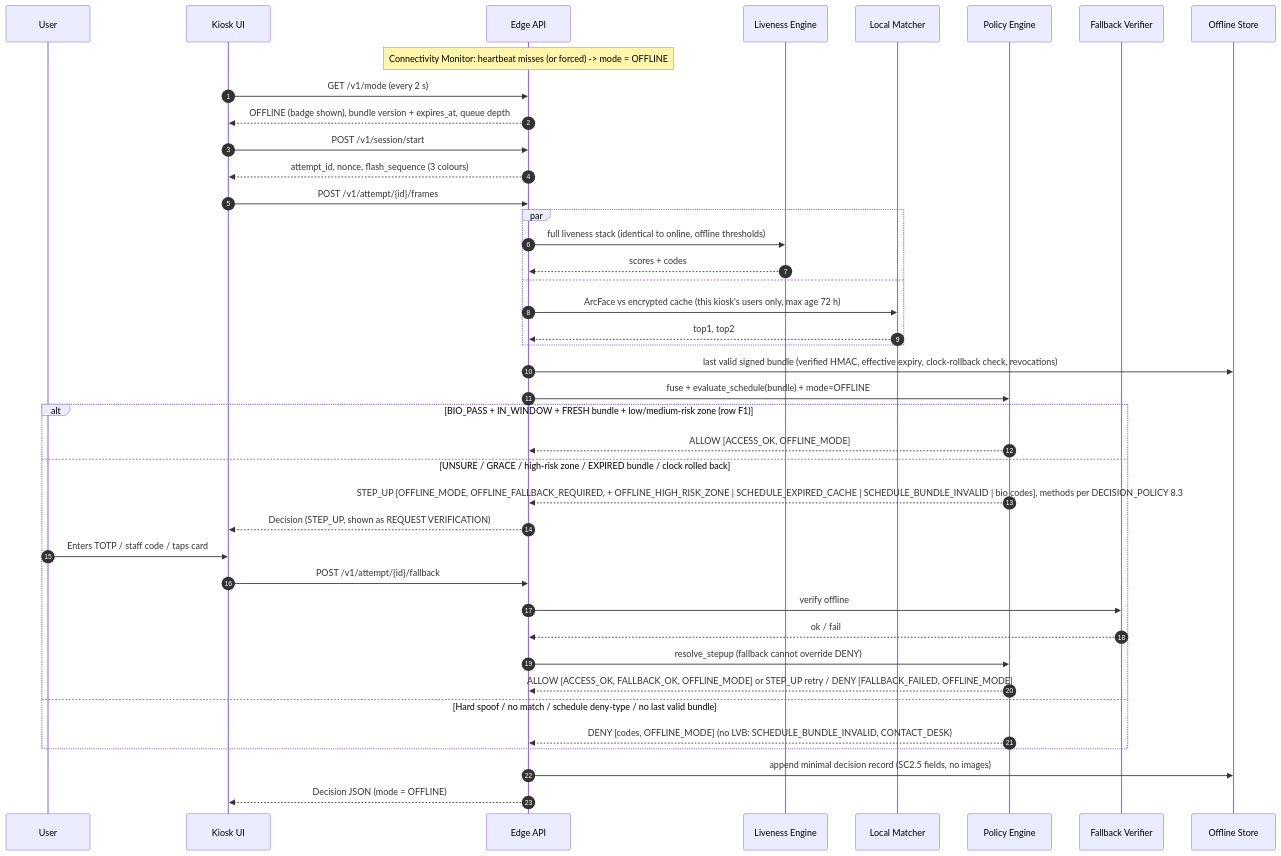
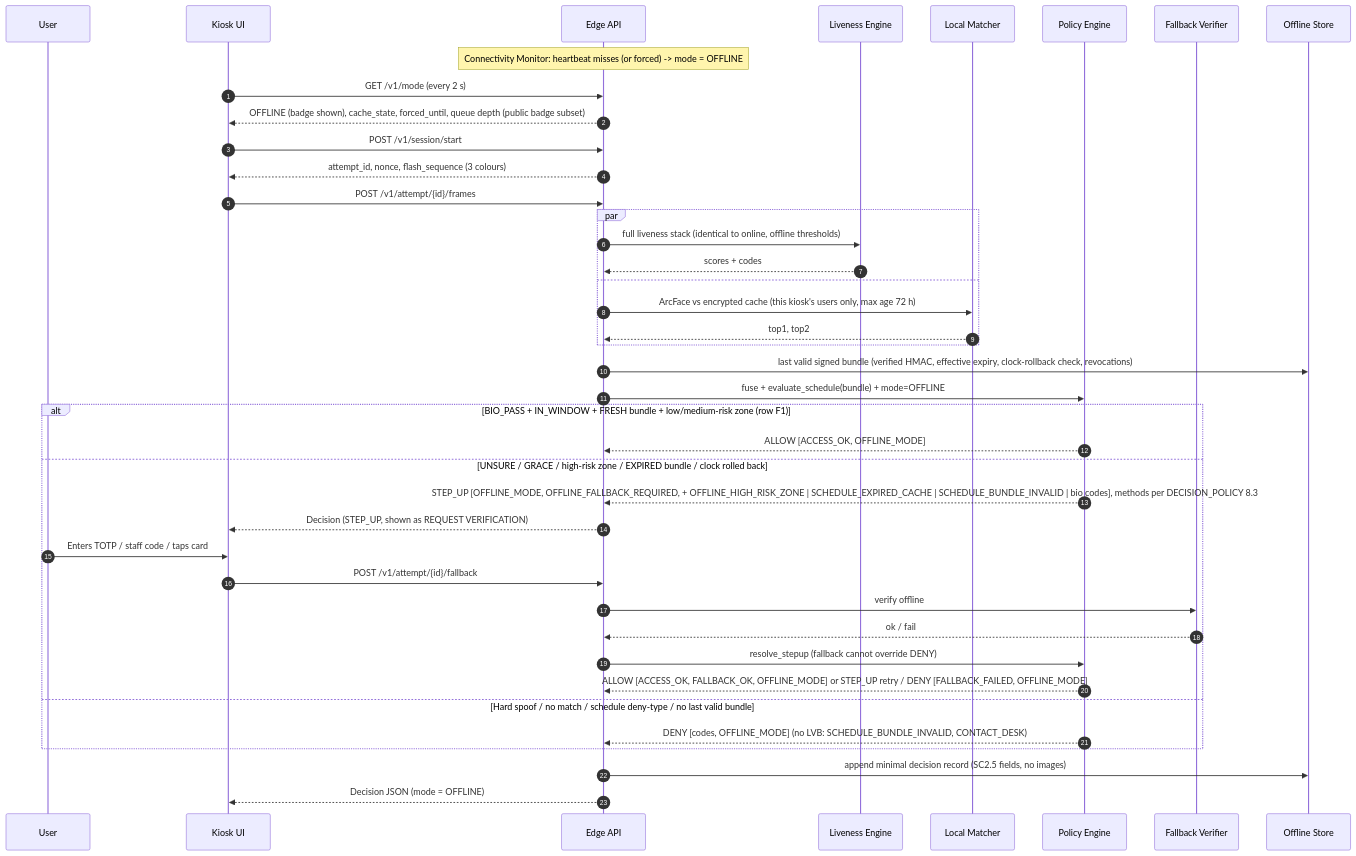
Before and after one commit to PixelAlgorithm/FaceGuard: the third of 4 diagrams in docs/ARCHITECTURE.md, drawn with Mermaid. The commit also changed other lines of this file and 13 other files, not shown here.

````diff
--- a/docs/ARCHITECTURE.md
+++ b/docs/ARCHITECTURE.md
@@ -310,44 +415,44 @@
 ```mermaid
 sequenceDiagram
   autonumber
   participant U as User
   participant K as Kiosk UI
   participant E as Edge API
   participant L as Liveness Engine
   participant M as Local Matcher
   participant P as Policy Engine
   participant F as Fallback Verifier
   participant S as Offline Store
 
   Note over E: Connectivity Monitor: heartbeat misses (or forced) -> mode = OFFLINE
   K->>E: GET /v1/mode (every 2 s)
-  E-->>K: OFFLINE (badge shown), bundle version + expires_at, queue depth
+  E-->>K: OFFLINE (badge shown), cache_state, forced_until, queue depth (public badge subset)
   K->>E: POST /v1/session/start
   E-->>K: attempt_id, nonce, flash_sequence (3 colours)
   K->>E: POST /v1/attempt/{id}/frames
   par
     E->>L: full liveness stack (identical to online, offline thresholds)
     L-->>E: scores + codes
   and
     E->>M: ArcFace vs encrypted cache (this kiosk's users only, max age 72 h)
     M-->>E: top1, top2
   end
   E->>S: last valid signed bundle (verified HMAC, effective expiry, clock-rollback check, revocations)
   E->>P: fuse + evaluate_schedule(bundle) + mode=OFFLINE
   alt BIO_PASS + IN_WINDOW + FRESH bundle + low/medium-risk zone (row F1)
     P-->>E: ALLOW [ACCESS_OK, OFFLINE_MODE]
   else UNSURE / GRACE / high-risk zone / EXPIRED bundle / clock rolled back
     P-->>E: STEP_UP [OFFLINE_MODE, OFFLINE_FALLBACK_REQUIRED, + OFFLINE_HIGH_RISK_ZONE | SCHEDULE_EXPIRED_CACHE | SCHEDULE_BUNDLE_INVALID | bio codes], methods per DECISION_POLICY 8.3
     E-->>K: Decision (STEP_UP, shown as REQUEST VERIFICATION)
     U->>K: Enters TOTP / staff code / taps card
     K->>E: POST /v1/attempt/{id}/fallback
     E->>F: verify offline
     F-->>E: ok / fail
     E->>P: resolve_stepup (fallback cannot override DENY)
     P-->>E: ALLOW [ACCESS_OK, FALLBACK_OK, OFFLINE_MODE] or STEP_UP retry / DENY [FALLBACK_FAILED, OFFLINE_MODE]
   else Hard spoof / no match / schedule deny-type / no last valid bundle
     P-->>E: DENY [codes, OFFLINE_MODE] (no LVB: SCHEDULE_BUNDLE_INVALID, CONTACT_DESK)
   end
   E->>S: append minimal decision record (SC2.5 fields, no images)
   E-->>K: Decision JSON (mode = OFFLINE)
 ```
````
